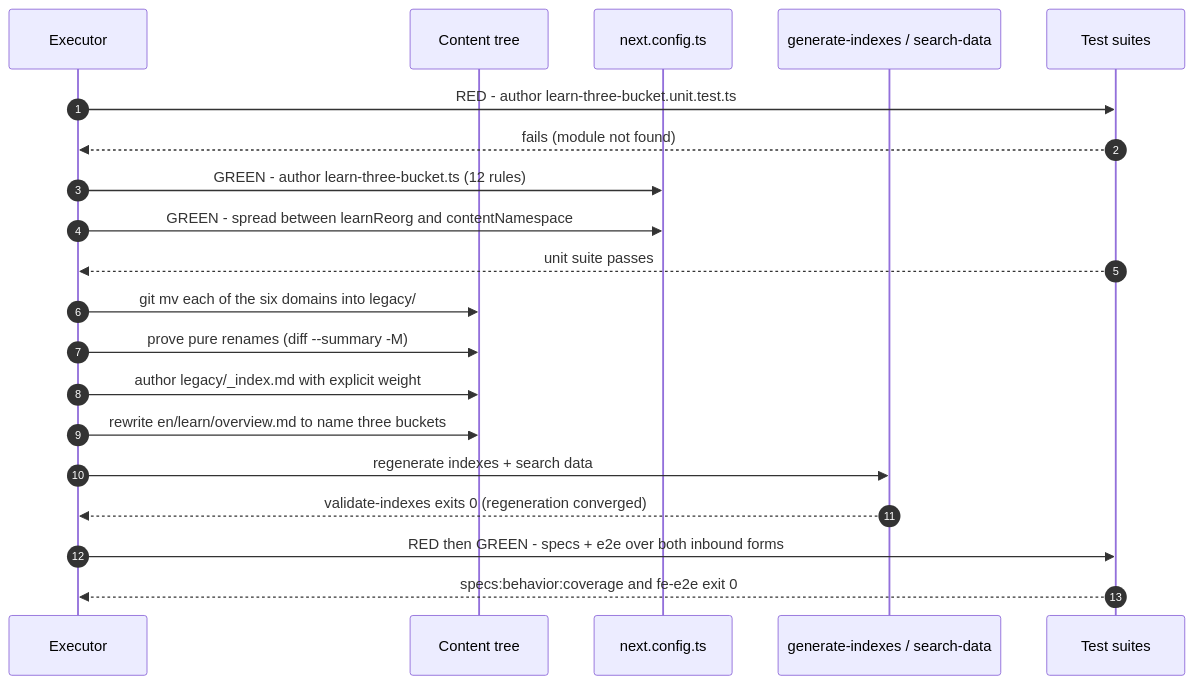
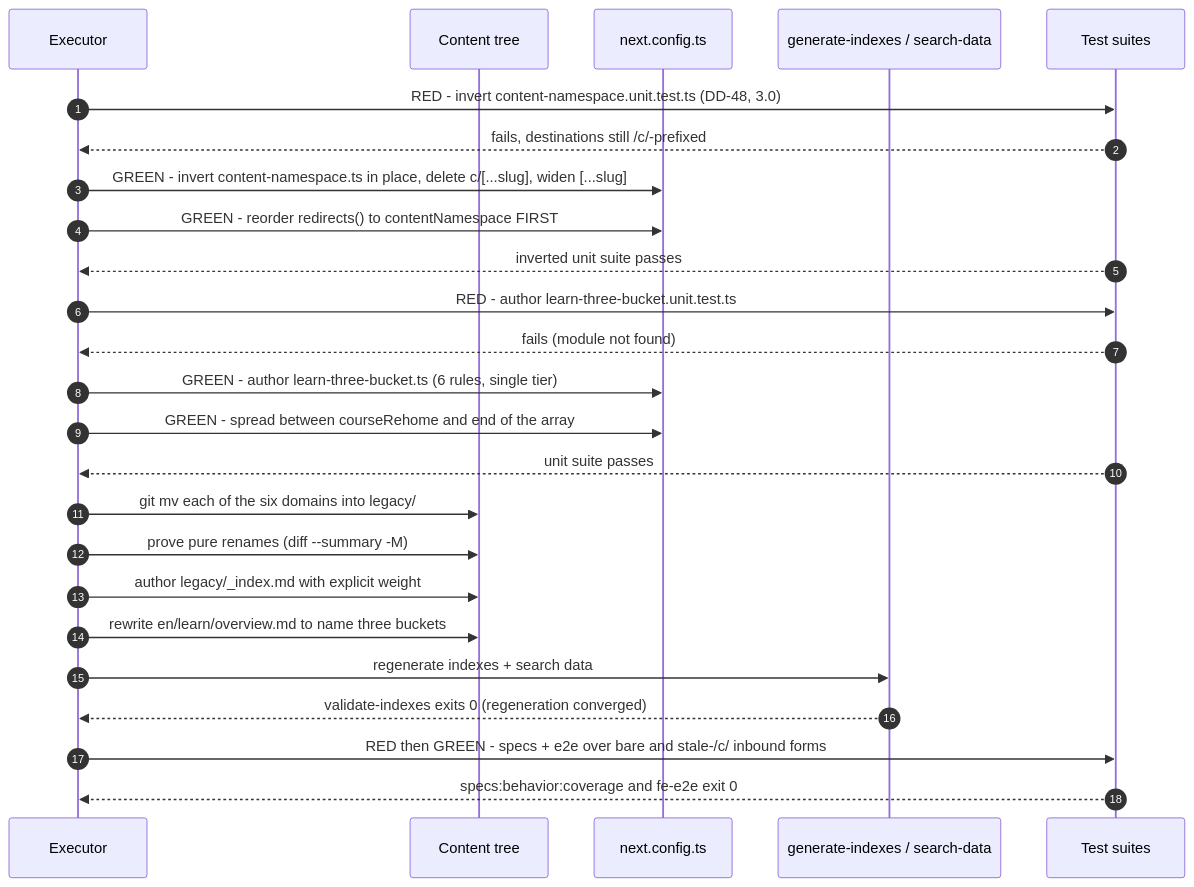
Before and after one commit to wahidyankf/baseerah: the fourth of 5 diagrams in plans/backlog/ayokoding-learning-path-01-url-restructure/tech-docs.md, drawn with Mermaid. The commit also changed other lines of this file and 77 other files, not shown here.

````diff
--- a/plans/backlog/ayokoding-learning-path-01-url-restructure/tech-docs.md
+++ b/plans/backlog/ayokoding-learning-path-01-url-restructure/tech-docs.md
@@ -547,25 +843,30 @@
 ```mermaid
 %% Order of operations inside Phase 3 — what must happen before what, and why.
 %% Color Palette: Blue #0173B2, Orange #DE8F05, Teal #029E73 — WCAG-AA, CB-friendly.
 sequenceDiagram
     autonumber
     participant Dev as Executor
     participant Git as Content tree
     participant Cfg as next.config.ts
     participant Gen as generate-indexes / search-data
     participant CI as Test suites
 
+    Dev->>CI: RED - invert content-namespace.unit.test.ts (DD-48, 3.0)
+    CI-->>Dev: fails, destinations still /c/-prefixed
+    Dev->>Cfg: GREEN - invert content-namespace.ts in place, delete c/[...slug], widen [...slug]
+    Dev->>Cfg: GREEN - reorder redirects() to contentNamespace FIRST
+    CI-->>Dev: inverted unit suite passes
     Dev->>CI: RED - author learn-three-bucket.unit.test.ts
     CI-->>Dev: fails (module not found)
-    Dev->>Cfg: GREEN - author learn-three-bucket.ts (12 rules)
-    Dev->>Cfg: GREEN - spread between learnReorg and contentNamespace
+    Dev->>Cfg: GREEN - author learn-three-bucket.ts (6 rules, single tier)
+    Dev->>Cfg: GREEN - spread between courseRehome and end of the array
     CI-->>Dev: unit suite passes
     Dev->>Git: git mv each of the six domains into legacy/
     Dev->>Git: prove pure renames (diff --summary -M)
     Dev->>Git: author legacy/_index.md with explicit weight
     Dev->>Git: rewrite en/learn/overview.md to name three buckets
     Dev->>Gen: regenerate indexes + search data
     Gen-->>Dev: validate-indexes exits 0 (regeneration converged)
-    Dev->>CI: RED then GREEN - specs + e2e over both inbound forms
+    Dev->>CI: RED then GREEN - specs + e2e over bare and stale-/c/ inbound forms
     CI-->>Dev: specs:behavior:coverage and fe-e2e exit 0
 ```
````
